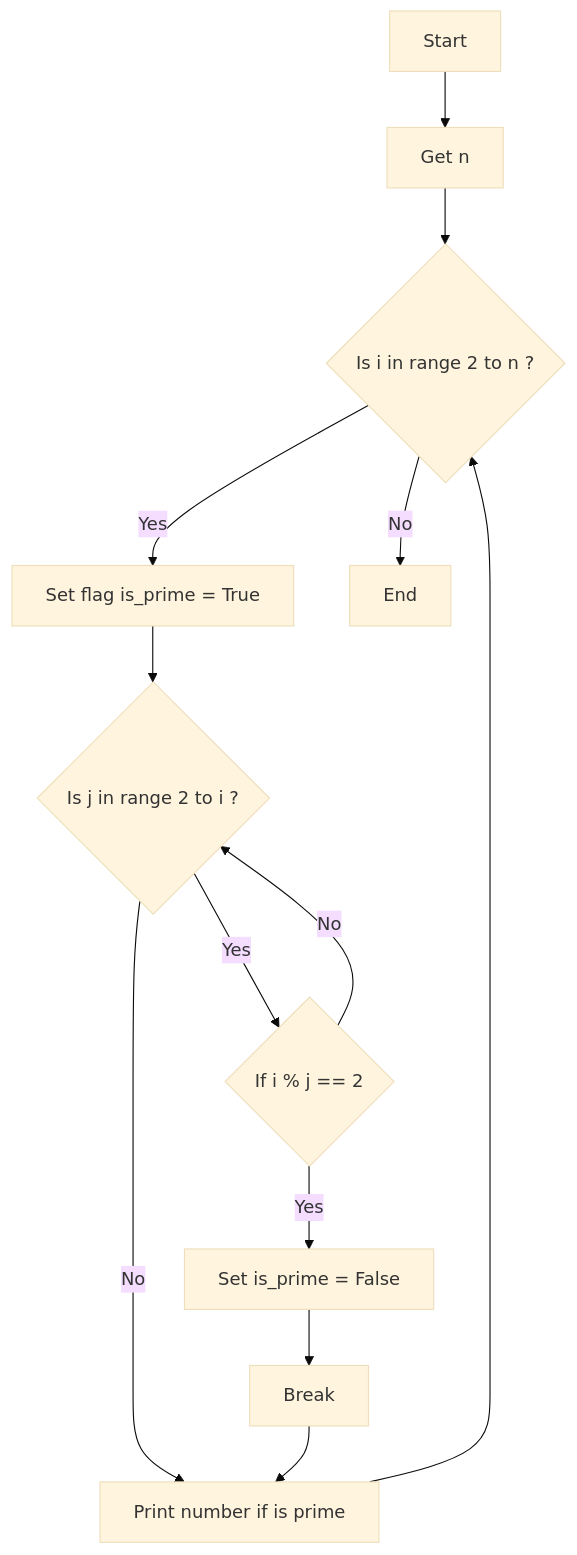
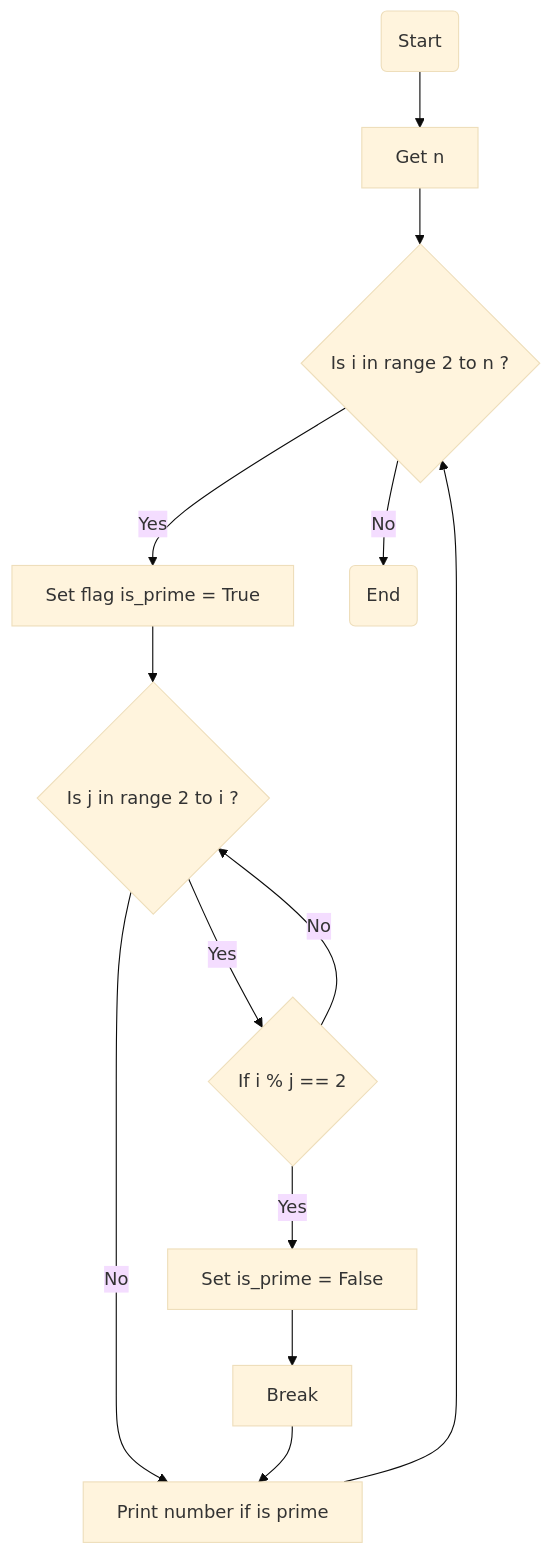
The diagram in exercises/exercise-3-3.md (hayyaun/kids), drawn with Mermaid (base theme) before and after one commit. The commit also changed 2 other files, not shown here.

````diff
--- a/exercises/exercise-3-3.md
+++ b/exercises/exercise-3-3.md
@@ -20,15 +20,15 @@
 ```mermaid
 flowchart TD
-    A[Start] --> C[Get n]
+    A(Start) --> C[Get n]
     C --> E{Is i in range 2 to n ?}
     E -- Yes --> F[Set flag is_prime = True]
     F --> G{Is j in range 2 to i ?}
     G -- No --> I[Print number if is prime]
     G -- Yes --> H{If i % j == 2}
     H -- Yes --> J[Set is_prime = False]
     H -- No --> G
     J --> B[Break]
     B --> I
     I --> E
-    E -- No --> L[End]
+    E -- No --> L(End)
 ```
````
